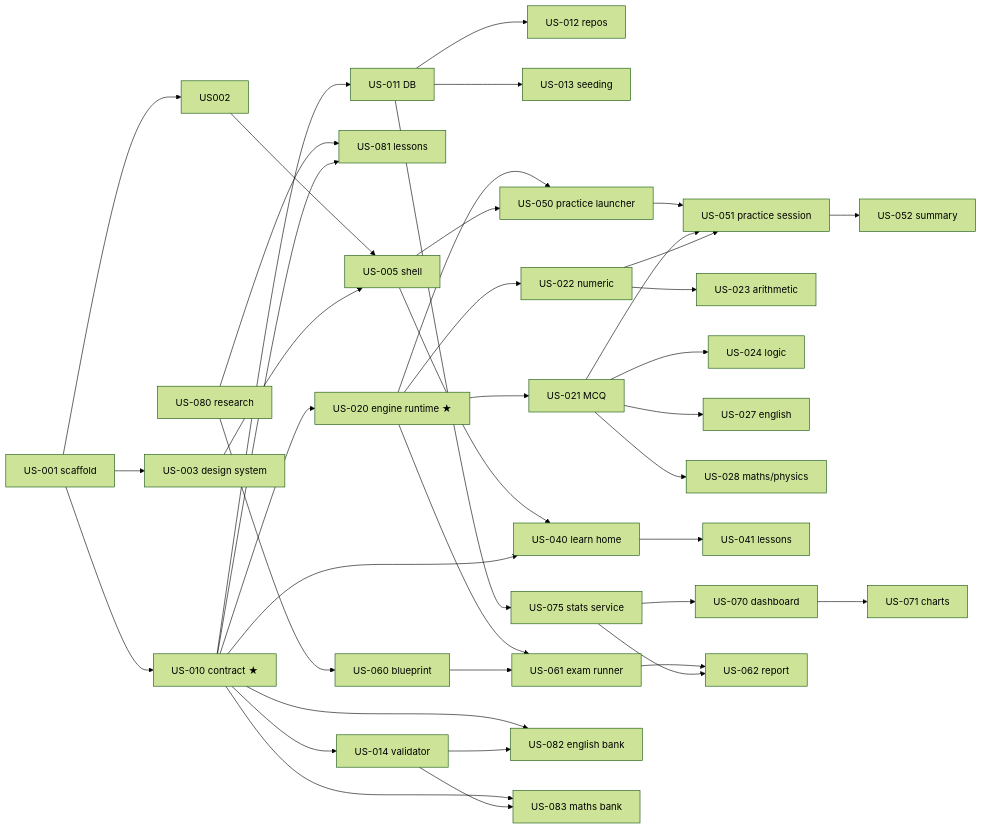
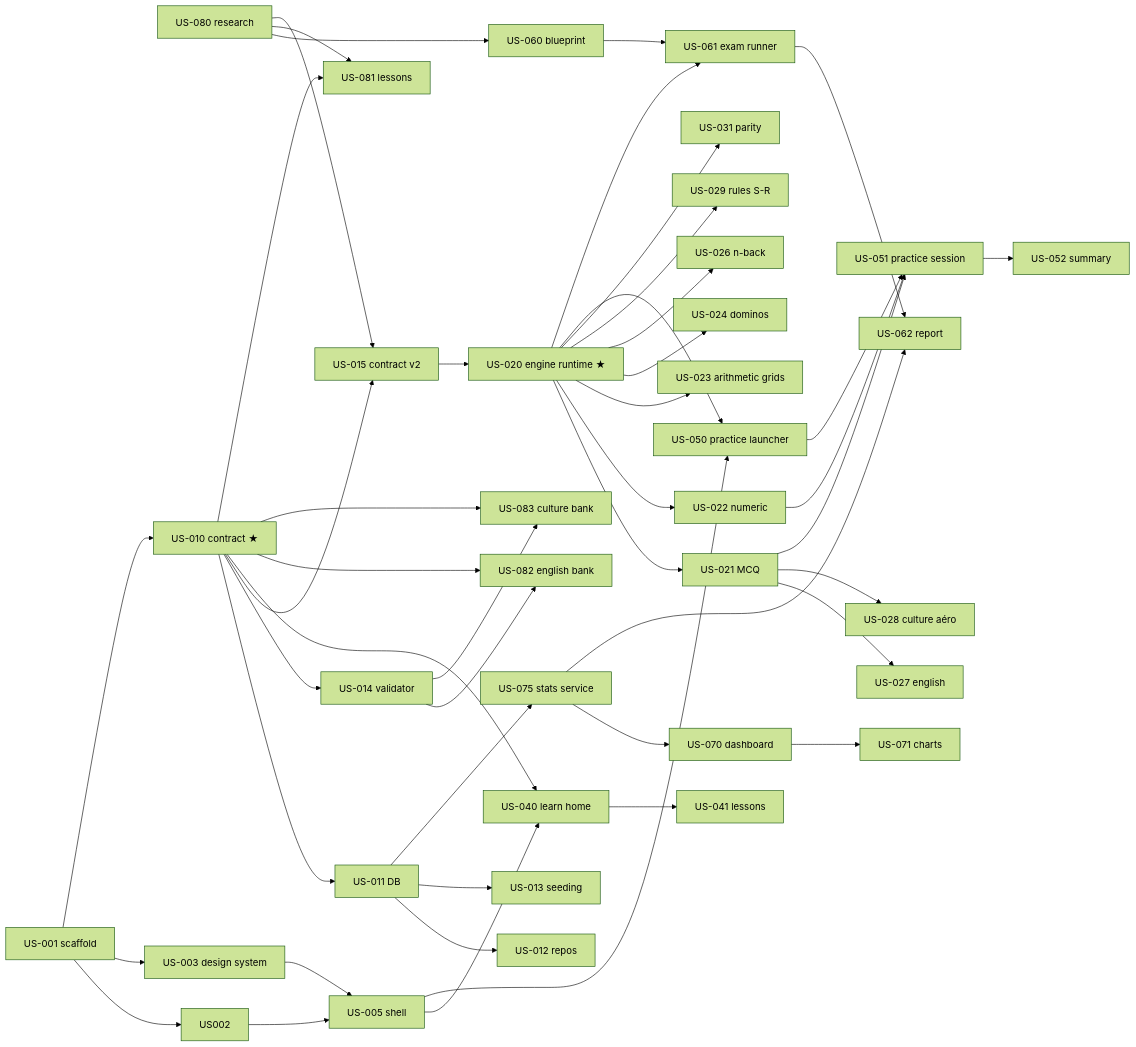
The diagram in docs/kanban/ROADMAP.md (hbock-42/trainer_psy_air), drawn with Mermaid (forest theme) before and after one commit. The commit also changed other lines of this file and 47 other files, not shown here.

````diff
--- a/docs/kanban/ROADMAP.md
+++ b/docs/kanban/ROADMAP.md
@@ -46,23 +49,24 @@
 ```mermaid
 flowchart LR
   US080[US-080 research] --> US060[US-060 blueprint]
   US080 --> US081[US-081 lessons]
   US001[US-001 scaffold] --> US002 --> US005[US-005 shell]
   US001 --> US003[US-003 design system] --> US005
   US001 --> US010[US-010 contract ★]
   US010 --> US011[US-011 DB] --> US012[US-012 repos]
   US010 --> US014[US-014 validator]
-  US010 --> US020[US-020 engine runtime ★]
+  US010 --> US015[US-015 contract v2] --> US020[US-020 engine runtime ★]
+  US080 --> US015
   US011 --> US013[US-013 seeding]
   US011 --> US075[US-075 stats service] --> US070[US-070 dashboard] --> US071[US-071 charts]
   US020 --> US021[US-021 MCQ] & US022[US-022 numeric]
-  US022 --> US023[US-023 arithmetic]
-  US021 --> US024[US-024 logic] & US027[US-027 english] & US028[US-028 maths/physics]
+  US020 --> US023[US-023 arithmetic grids] & US024[US-024 dominos] & US026[US-026 n-back] & US029[US-029 rules S-R] & US031[US-031 parity]
+  US021 --> US027[US-027 english] & US028[US-028 culture aéro]
   US005 & US010 --> US040[US-040 learn home] --> US041[US-041 lessons]
   US020 & US005 --> US050[US-050 practice launcher] --> US051[US-051 practice session] --> US052[US-052 summary]
   US021 & US022 --> US051
   US020 & US060 --> US061[US-061 exam runner] --> US062[US-062 report]
   US075 --> US062
-  US010 & US014 --> US082[US-082 english bank] & US083[US-083 maths bank]
+  US010 & US014 --> US082[US-082 english bank] & US083[US-083 culture bank]
   US010 --> US081
 ```
````
